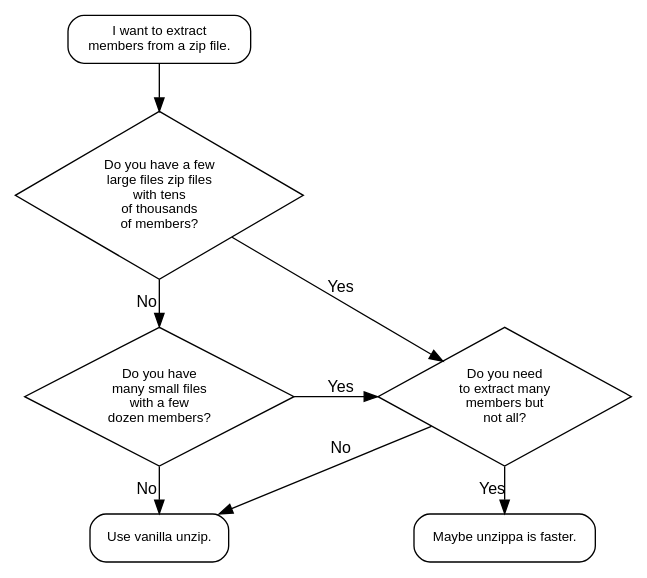
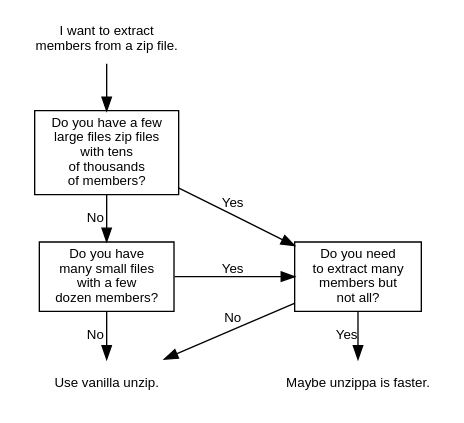
Before and after one commit to miku/unzippa: the diagram in flow.dot, drawn with Graphviz. The commit also changed 1 other file, not shown here.

```diff
--- a/flow.dot
+++ b/flow.dot
@@ -1,31 +1,31 @@
 digraph {
     rankdir="LR";
+
     graph [fontname="helvetica", fontsize=12];
     node [fontname="helvetica", fontsize=10];
-    edge [fontname="helvetica", fontsize=12];
+    edge [fontname="helvetica", fontsize=10];
 
-    start[shape="box", style="rounded", label="I want to extract\nmembers from a zip file."];
+    start [shape="plaintext", style="rounded", label="I want to extract\nmembers from a zip file."];
     
-    fewlarge[shape="diamond", style="", label="Do you have a few\nlarge files zip files\nwith tens\nof thousands\nof members?"];
-    manysmall[shape="diamond", style="", label="Do you have\nmany small files\nwith a few\ndozen members?"];
-    extractsome[shape="diamond", style="", label="Do you need\nto extract many\nmembers but\nnot all?"];
+    fewlarge [shape="box", label="Do you have a few\nlarge files zip files\nwith tens\nof thousands\nof members?"];
+    manysmall [shape="box", label="Do you have\nmany small files\nwith a few\ndozen members?"];
+    extractsome [shape="box", label="Do you need\nto extract many\nmembers but\nnot all?"];
 
-
-    end[shape="box", style="rounded", label="Use vanilla unzip."];
-    unzippa[shape="box", style="rounded", label="Maybe unzippa is faster."];
+    end [shape="plaintext", style="rounded", label="Use vanilla unzip."];
+    unzippa [shape="plaintext", style="rounded", label="Maybe unzippa is faster."];
 
     {
         rank=same; start; fewlarge; manysmall; end;
     }
     {
         rank=same; extractsome; unzippa;
     }
 
     start -> fewlarge;
     fewlarge -> manysmall[label="No"];
     fewlarge -> extractsome[label="Yes"];
     manysmall -> end[label="No"];
     manysmall -> extractsome[label="Yes"];
     extractsome -> end[label="No"];
     extractsome -> unzippa[label="Yes"];
 }
```
